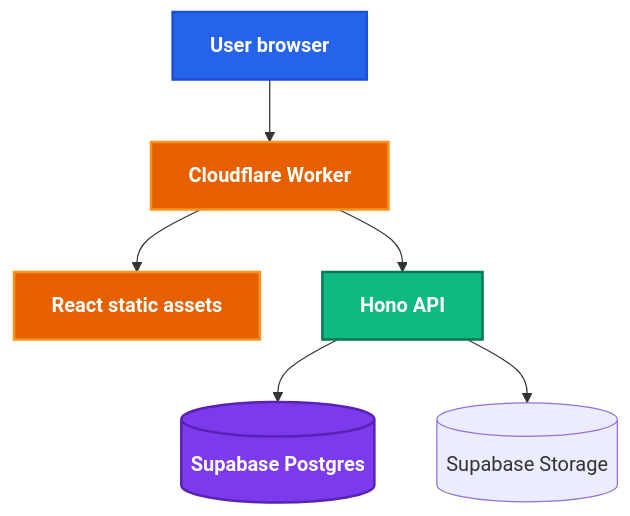
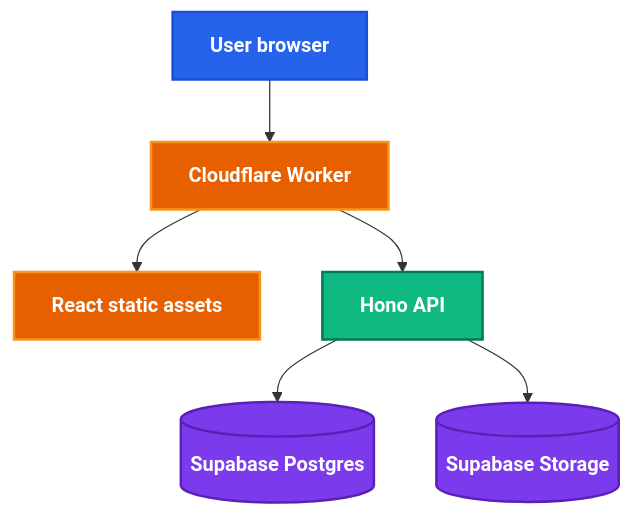
One commit to PuttTim/orbital-26-deployment-workshop changed the third of 8 diagrams in slides/pages/part-1.md. Above: the diagram before and after it, drawn with Mermaid. The commit also changed other lines of this file, not shown here.

````diff
--- a/slides/pages/part-1.md
+++ b/slides/pages/part-1.md
@@ -562,18 +562,18 @@
 ```mermaid {scale: 0.75}
 flowchart TB
     U[User browser] --> W[Cloudflare Worker]
     W --> A[React static assets]
     W --> H[Hono API]
     H --> S[(Supabase Postgres)]
     H --> F[(Supabase Storage)]
 
     classDef client fill:#2563eb,color:#ffffff,stroke:#1d4ed8,stroke-width:2px,font-weight:bold
     classDef worker fill:#e66000,color:#ffffff,stroke:#f8941d,stroke-width:2px,font-weight:bold
     classDef api fill:#10b981,color:#ffffff,stroke:#047857,stroke-width:2px,font-weight:bold
     classDef data fill:#7c3aed,color:#ffffff,stroke:#5b21b6,stroke-width:2px,font-weight:bold
 
     class U client
     class W,A worker
     class H api
-    class S,R data
+    class S,F data
 ```
````
